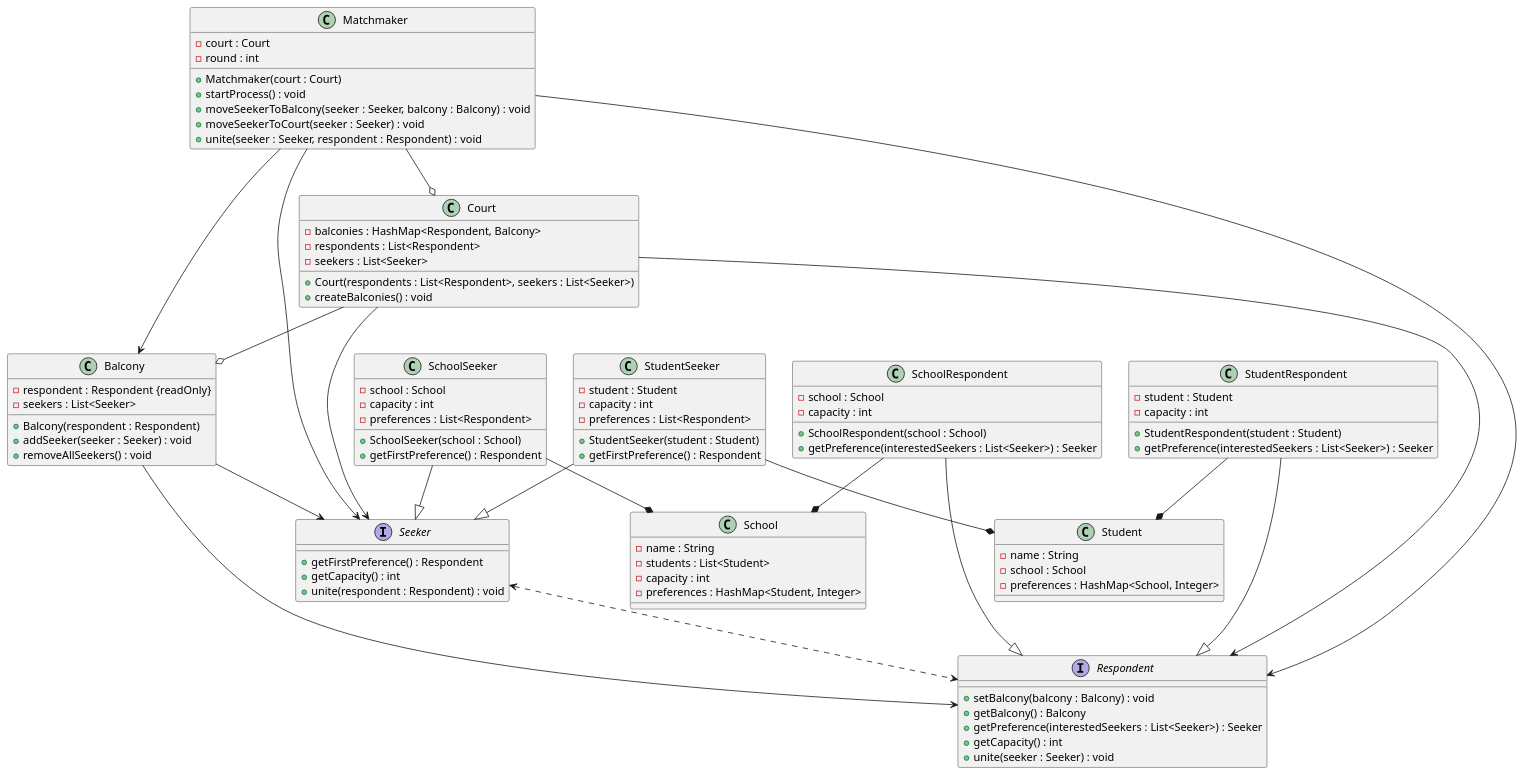
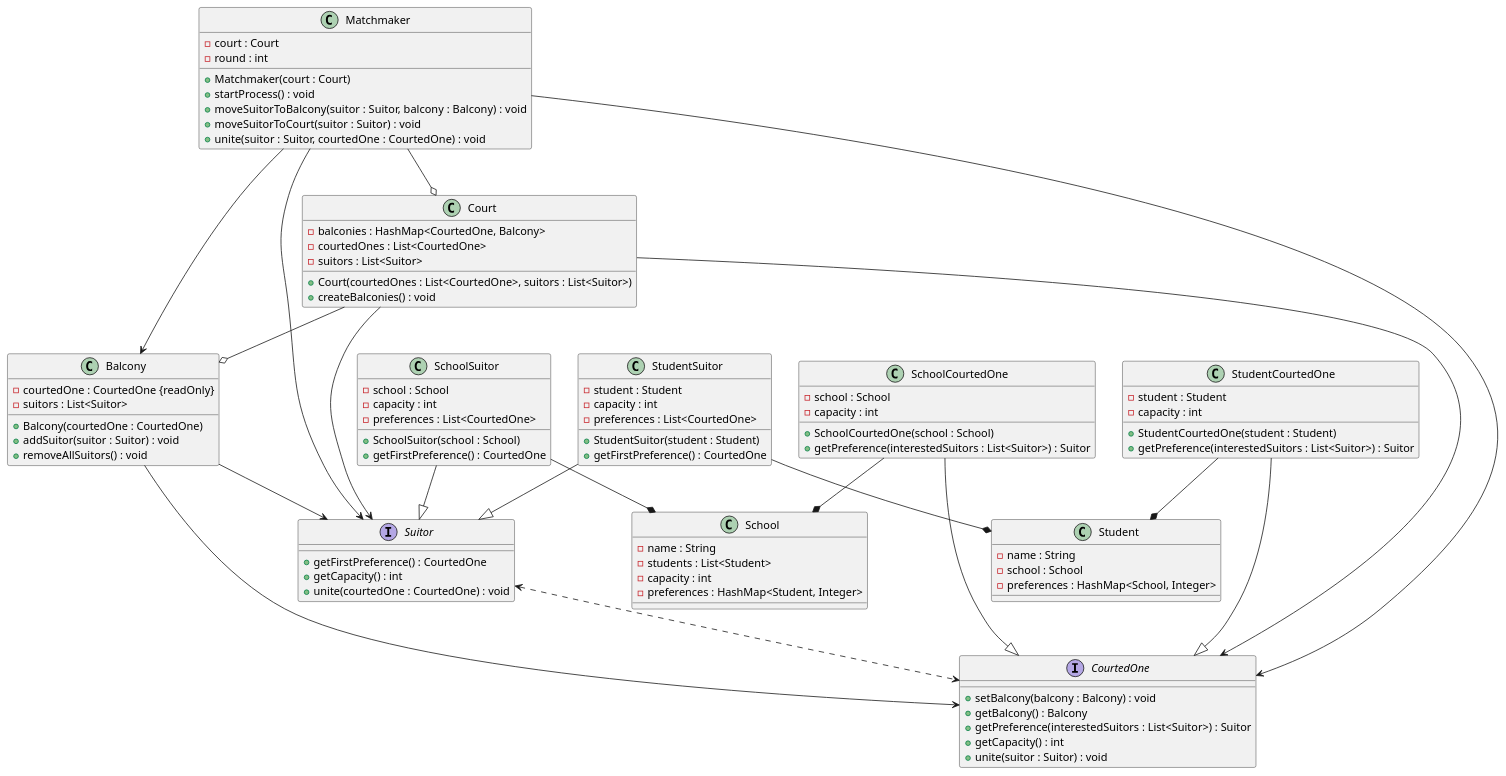
The second of 2 diagrams in README.md (Paul-Arago/Graph-Project-1A), drawn with PlantUML before and after one commit.

````diff
--- a/README.md
+++ b/README.md
@@ -46,63 +46,63 @@
 @startuml MariageAlgorithmClassDiagram
 
 class "Balcony" {
-    - respondent : Respondent {readOnly}
-    - seekers : List<Seeker>
-    + Balcony(respondent : Respondent)
-    + addSeeker(seeker : Seeker) : void
-    + removeAllSeekers() : void
+    - courtedOne : CourtedOne {readOnly}
+    - suitors : List<Suitor>
+    + Balcony(courtedOne : CourtedOne)
+    + addSuitor(suitor : Suitor) : void
+    + removeAllSuitors() : void
 }
 
 class "Court" {
-    - balconies : HashMap<Respondent, Balcony>
-    - respondents : List<Respondent>
-    - seekers : List<Seeker>
-    + Court(respondents : List<Respondent>, seekers : List<Seeker>)
+    - balconies : HashMap<CourtedOne, Balcony>
+    - courtedOnes : List<CourtedOne>
+    - suitors : List<Suitor>
+    + Court(courtedOnes : List<CourtedOne>, suitors : List<Suitor>)
     + createBalconies() : void
 }
 
-interface "Seeker" {
-    + getFirstPreference() : Respondent
+interface "Suitor" {
+    + getFirstPreference() : CourtedOne
     + getCapacity() : int
-    + unite(respondent : Respondent) : void
+    + unite(courtedOne : CourtedOne) : void
 }
 
-class "StudentSeeker" {
+class "StudentSuitor" {
     - student : Student
     - capacity : int
-    - preferences : List<Respondent>
-    + StudentSeeker(student : Student)
-    + getFirstPreference() : Respondent
+    - preferences : List<CourtedOne>
+    + StudentSuitor(student : Student)
+    + getFirstPreference() : CourtedOne
 }
 
-class "SchoolSeeker" {
+class "SchoolSuitor" {
     - school : School
     - capacity : int
-    - preferences : List<Respondent>
-    + SchoolSeeker(school : School)
-    + getFirstPreference() : Respondent
+    - preferences : List<CourtedOne>
+    + SchoolSuitor(school : School)
+    + getFirstPreference() : CourtedOne
 }
 
-interface "Respondent" {
+interface "CourtedOne" {
     + setBalcony(balcony : Balcony) : void
     + getBalcony() : Balcony
-    + getPreference(interestedSeekers : List<Seeker>) : Seeker
+    + getPreference(interestedSuitors : List<Suitor>) : Suitor
     + getCapacity() : int
-    + unite(seeker : Seeker) : void
+    + unite(suitor : Suitor) : void
 }
 
-class "SchoolRespondent" {
+class "SchoolCourtedOne" {
     - school : School
     - capacity : int
-    + SchoolRespondent(school : School)
-    + getPreference(interestedSeekers : List<Seeker>) : Seeker
+    + SchoolCourtedOne(school : School)
+    + getPreference(interestedSuitors : List<Suitor>) : Suitor
 }
 
-class "StudentRespondent" {
+class "StudentCourtedOne" {
     - student : Student
     - capacity : int
-    + StudentRespondent(student : Student)
-    + getPreference(interestedSeekers : List<Seeker>) : Seeker
+    + StudentCourtedOne(student : Student)
+    + getPreference(interestedSuitors : List<Suitor>) : Suitor
 }
 
 class "Student" {
@@ -123,28 +123,28 @@
     - round : int
     + Matchmaker(court : Court)
     + startProcess() : void
-    + moveSeekerToBalcony(seeker : Seeker, balcony : Balcony) : void
-    + moveSeekerToCourt(seeker : Seeker) : void
-    + unite(seeker : Seeker, respondent : Respondent) : void
+    + moveSuitorToBalcony(suitor : Suitor, balcony : Balcony) : void
+    + moveSuitorToCourt(suitor : Suitor) : void
+    + unite(suitor : Suitor, courtedOne : CourtedOne) : void
 }
 
-Balcony --> Seeker
-Balcony --> Respondent
+Balcony --> Suitor
+Balcony --> CourtedOne
 Court --o Balcony
-Court --> Respondent
-Court --> Seeker
-Seeker <..> Respondent
-StudentSeeker --|> Seeker
-StudentSeeker --* Student
-SchoolSeeker --|> Seeker
-SchoolSeeker --* School
-SchoolRespondent --|> Respondent
-SchoolRespondent --* School
-StudentRespondent --|> Respondent
-StudentRespondent --* Student
+Court --> CourtedOne
+Court --> Suitor
+Suitor <..> CourtedOne
+StudentSuitor --|> Suitor
+StudentSuitor --* Student
+SchoolSuitor --|> Suitor
+SchoolSuitor --* School
+SchoolCourtedOne --|> CourtedOne
+SchoolCourtedOne --* School
+StudentCourtedOne --|> CourtedOne
+StudentCourtedOne --* Student
 Matchmaker --o Court
 Matchmaker --> Balcony
-Matchmaker --> Seeker
-Matchmaker --> Respondent
+Matchmaker --> Suitor
+Matchmaker --> CourtedOne
 @enduml
 ```
````
